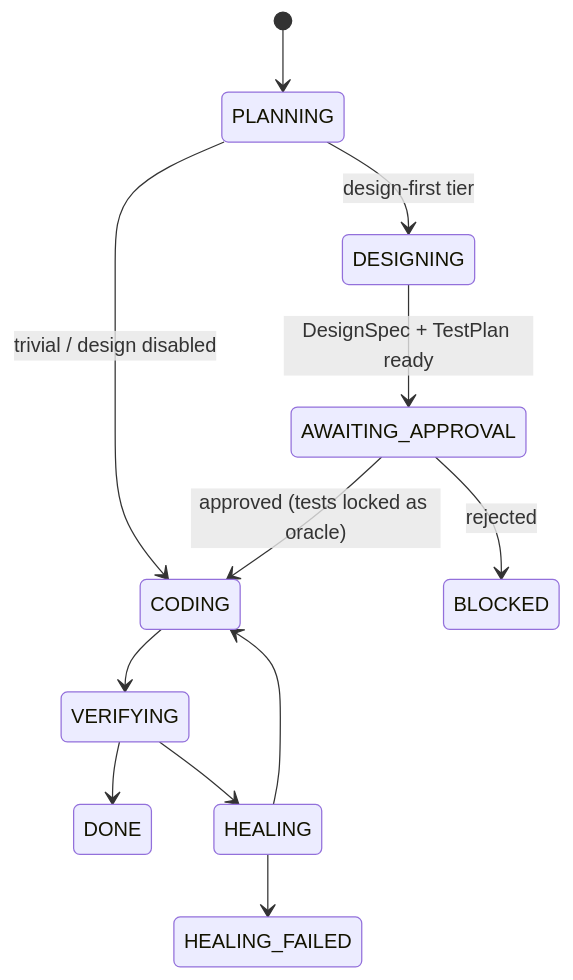
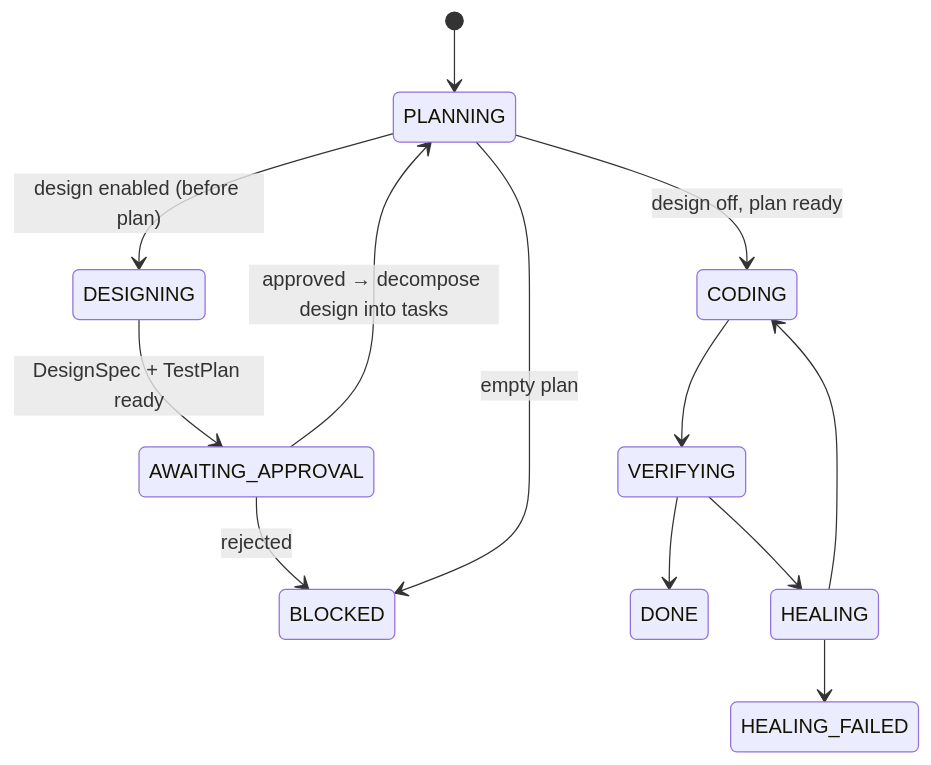
The second of 2 diagrams in docs/architecture/07-design-first-proposal.md (pmsbkhn/ai-coder-agent), drawn with Mermaid before and after one commit. The commit also changed other lines of this file and 5 other files, not shown here.

First line of the commit message:
reorder pipeline: Design runs BEFORE Planning (ADR-07)

````diff
--- a/docs/architecture/07-design-first-proposal.md
+++ b/docs/architecture/07-design-first-proposal.md
@@ -65,14 +73,15 @@
 ```mermaid
 stateDiagram-v2
     [*] --> PLANNING
-    PLANNING --> DESIGNING: design-first tier
-    PLANNING --> CODING: trivial / design disabled
+    PLANNING --> DESIGNING: design enabled (before plan)
+    PLANNING --> CODING: design off, plan ready
     DESIGNING --> AWAITING_APPROVAL: DesignSpec + TestPlan ready
-    AWAITING_APPROVAL --> CODING: approved (tests locked as oracle)
+    AWAITING_APPROVAL --> PLANNING: approved → decompose design into tasks
     AWAITING_APPROVAL --> BLOCKED: rejected
+    PLANNING --> BLOCKED: empty plan
     CODING --> VERIFYING
     VERIFYING --> DONE
     VERIFYING --> HEALING
     HEALING --> CODING
     HEALING --> HEALING_FAILED
 ```
````
